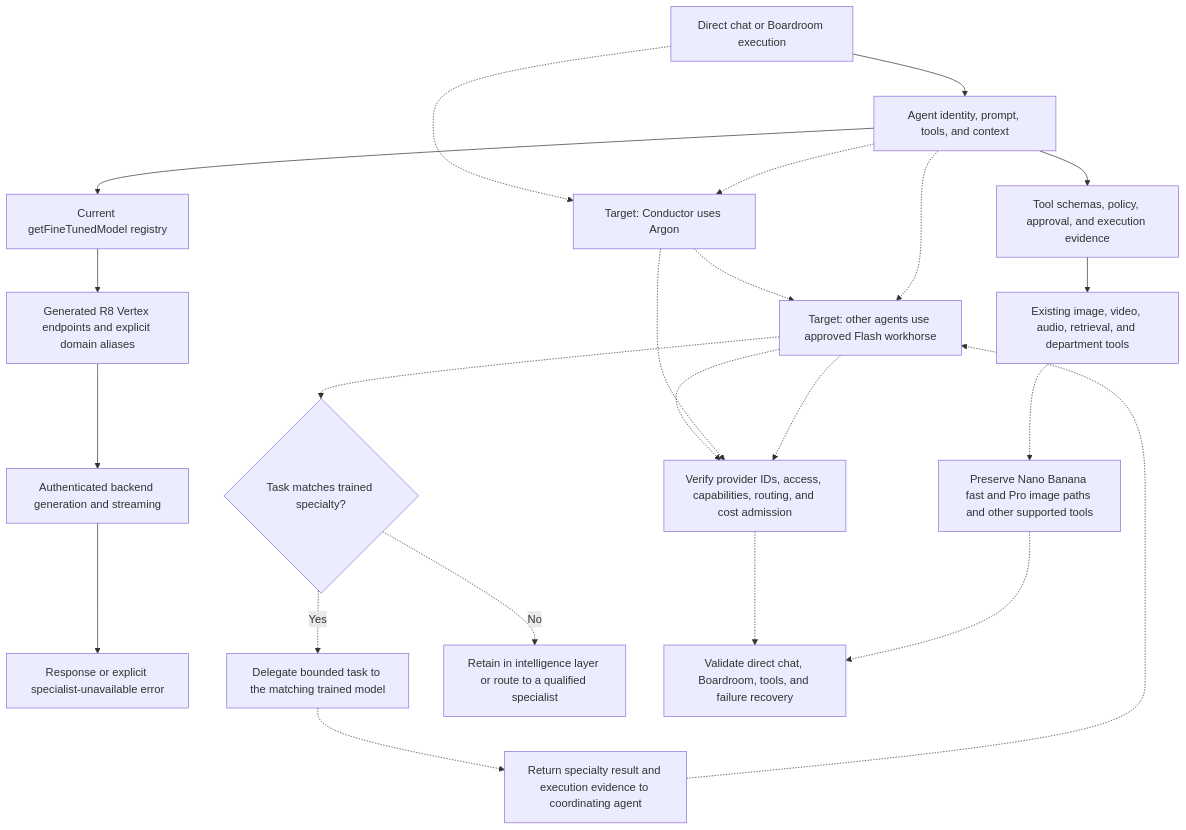
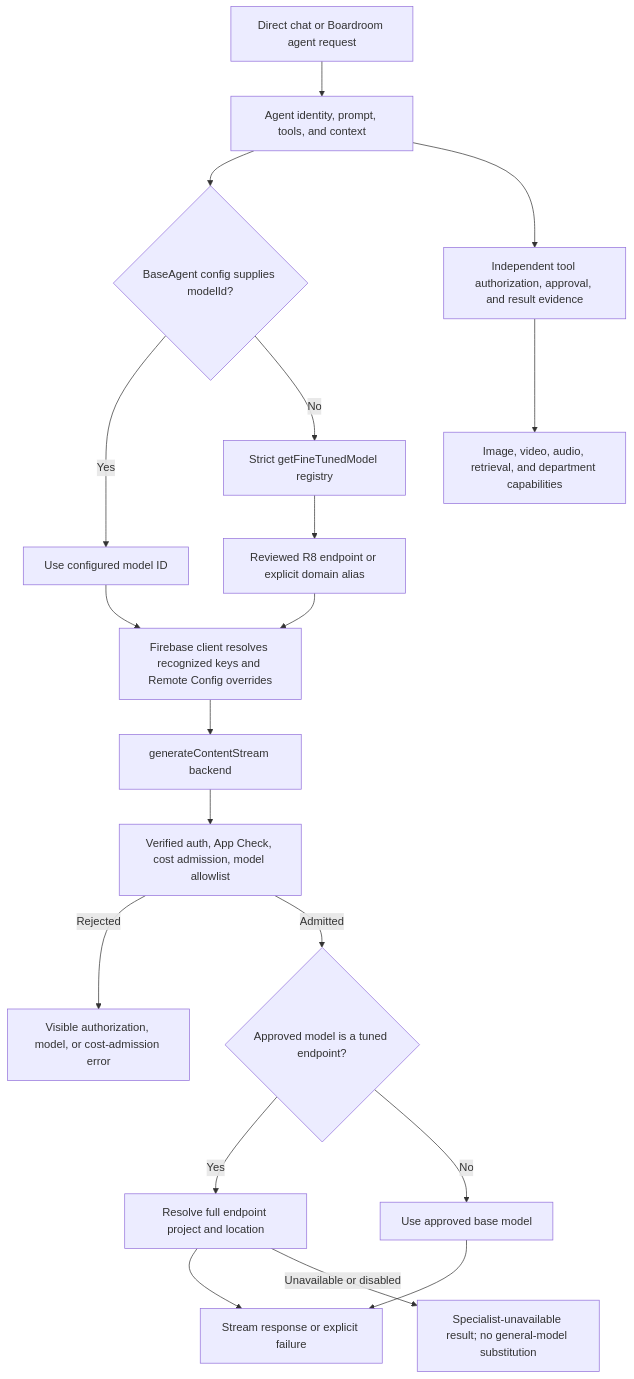
Before and after one commit to indii-music-founder/indii-music-founder: the first of 2 diagrams in docs/flowcharts/chat-model-routing-and-approval.md, drawn with Mermaid. The commit also changed other lines of this file, not shown here.

Commit message:
docs: reconcile model routing chart with current source

````diff
--- a/docs/flowcharts/chat-model-routing-and-approval.md
+++ b/docs/flowcharts/chat-model-routing-and-approval.md
@@ -11,25 +18,21 @@
 ```mermaid
 flowchart TD
-    Chat["Direct chat or Boardroom execution"] --> Agent["Agent identity, prompt, tools, and context"]
-    Agent --> Registry["Current getFineTunedModel registry"]
-    Registry --> Tuned["Generated R8 Vertex endpoints and explicit domain aliases"]
-    Tuned --> Backend["Authenticated backend generation and streaming"]
-    Backend --> Response["Response or explicit specialist-unavailable error"]
-    Agent --> Tools["Tool schemas, policy, approval, and execution evidence"]
-    Tools --> Media["Existing image, video, audio, retrieval, and department tools"]
-    Chat -.-> Conductor["Target apex: Argon Conductor directs work"]
-    Conductor -.-> Workers["Target coordination: Flash 3.8 agent intelligence"]
-    Workers -.-> Scope{"Task matches trained specialty?"}
-    Scope -.->|Yes| Specialist["Delegate bounded task to the matching trained model"]
-    Scope -.->|No| Reroute["Retain in intelligence layer or route to a qualified specialist"]
-    Specialist -.-> Evidence["Return specialty result and execution evidence to coordinating agent"]
-    Evidence -.-> Workers
-    Workers -.-> Gate["Verify provider IDs, access, capabilities, routing, and cost admission"]
-    Agent -.-> Conductor["Target: Conductor uses Argon"]
-    Agent -.-> Workers["Target: other agents use approved Flash workhorse"]
-    Conductor -.-> Gate["Verify provider IDs, access, capabilities, routing, and cost admission"]
-    Workers -.-> Gate
-    Gate -.-> Validation["Validate direct chat, Boardroom, tools, and failure recovery"]
-    Media -.-> Preserve["Preserve Nano Banana fast and Pro image paths and other supported tools"]
-    Preserve -.-> Validation
+    Chat["Direct chat or Boardroom agent request"] --> Identity["Agent identity, prompt, tools, and context"]
+    Identity --> Select{"BaseAgent config supplies modelId?"}
+    Select -->|Yes| Explicit["Use configured model ID"]
+    Select -->|No| Registry["Strict getFineTunedModel registry"]
+    Registry --> Tuned["Reviewed R8 endpoint or explicit domain alias"]
+    Explicit --> Resolve["Firebase client resolves recognized keys and Remote Config overrides"]
+    Tuned --> Resolve
+    Resolve --> Gateway["generateContentStream backend"]
+    Gateway --> Admission["Verified auth, App Check, cost admission, model allowlist"]
+    Admission -->|Rejected| Rejected["Visible authorization, model, or cost-admission error"]
+    Admission -->|Admitted| Kind{"Approved model is a tuned endpoint?"}
+    Kind -->|Yes| Vertex["Resolve full endpoint project and location"]
+    Kind -->|No| Base["Use approved base model"]
+    Vertex --> Response["Stream response or explicit failure"]
+    Base --> Response
+    Vertex -->|Unavailable or disabled| Failure["Specialist-unavailable result; no general-model substitution"]
+    Identity --> Tools["Independent tool authorization, approval, and result evidence"]
+    Tools --> Media["Image, video, audio, retrieval, and department capabilities"]
 ```
````
